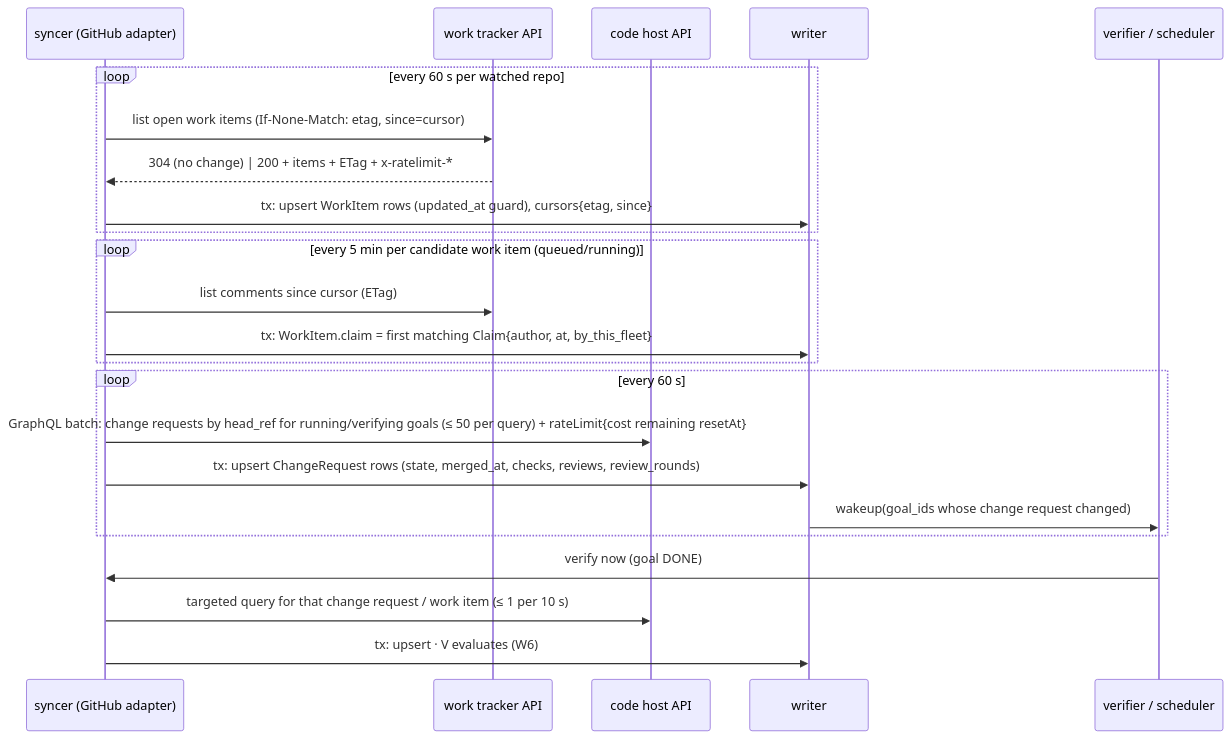
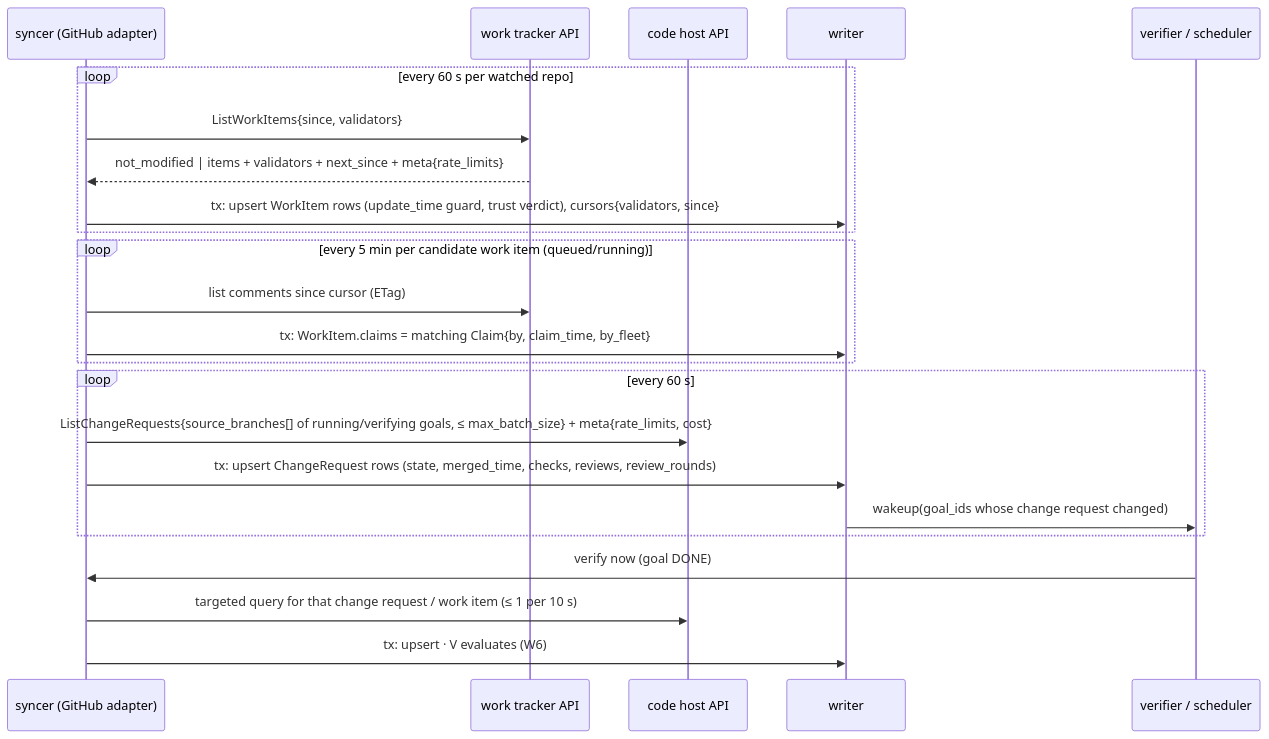
Before and after one commit to linuxdynasty/fleet-board: the third of 4 diagrams in docs/specs/03b-usage-and-sync.md, drawn with Mermaid. The commit also changed other lines of this file and 100 other files, not shown here.

First line of the commit message:
feat(api): contract review fixes, ADR 0019 and flow diagrams (#22)

````diff
--- a/docs/specs/03b-usage-and-sync.md
+++ b/docs/specs/03b-usage-and-sync.md
@@ -210,25 +257,25 @@
 ```mermaid
 sequenceDiagram
   participant G as syncer (GitHub adapter)
   participant T as work tracker API
   participant C as code host API
   participant W as writer
   participant V as verifier / scheduler
   loop every 60 s per watched repo
-    G->>T: list open work items (If-None-Match: etag, since=cursor)
-    T-->>G: 304 (no change) | 200 + items + ETag + x-ratelimit-*
-    G->>W: tx: upsert WorkItem rows (updated_at guard), cursors{etag, since}
+    G->>T: ListWorkItems{since, validators}
+    T-->>G: not_modified | items + validators + next_since + meta{rate_limits}
+    G->>W: tx: upsert WorkItem rows (update_time guard, trust verdict), cursors{validators, since}
   end
   loop every 5 min per candidate work item (queued/running)
     G->>T: list comments since cursor (ETag)
-    G->>W: tx: WorkItem.claim = first matching Claim{author, at, by_this_fleet}
+    G->>W: tx: WorkItem.claims = matching Claim{by, claim_time, by_fleet}
   end
   loop every 60 s
-    G->>C: GraphQL batch: change requests by head_ref for running/verifying goals (≤ 50 per query) + rateLimit{cost remaining resetAt}
-    G->>W: tx: upsert ChangeRequest rows (state, merged_at, checks, reviews, review_rounds)
+    G->>C: ListChangeRequests{source_branches[] of running/verifying goals, ≤ max_batch_size} + meta{rate_limits, cost}
+    G->>W: tx: upsert ChangeRequest rows (state, merged_time, checks, reviews, review_rounds)
     W->>V: wakeup(goal_ids whose change request changed)
   end
   V->>G: verify now (goal DONE)
   G->>C: targeted query for that change request / work item (≤ 1 per 10 s)
   G->>W: tx: upsert · V evaluates (W6)
 ```
````
